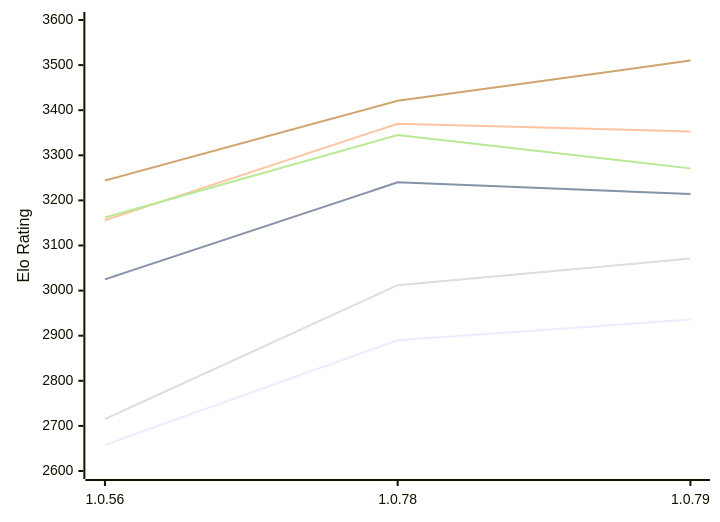
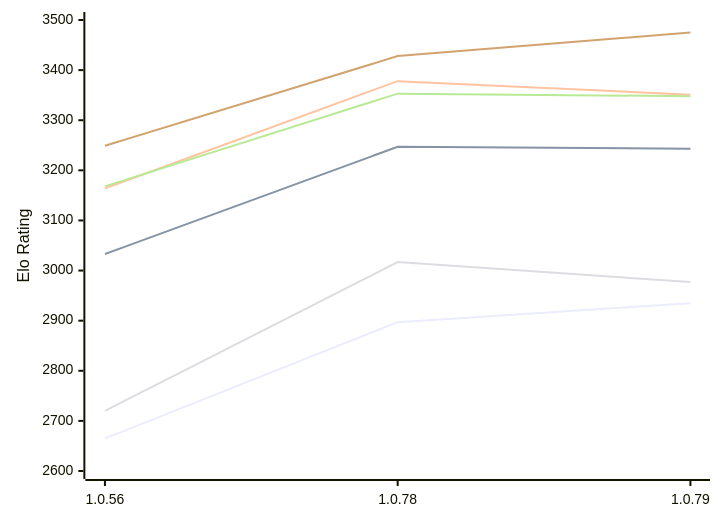
Before and after one commit to computer-chess-index/cci: the first of 2 diagrams in engines/RustyRival.md, drawn with Mermaid. The commit also changed other lines of this file, not shown here.

Commit message:
Update CCI Ratings (ELO VLTC) - 2026-11-03

````diff
--- a/engines/RustyRival.md
+++ b/engines/RustyRival.md
@@ -65,12 +65,12 @@
 ```mermaid
 %%{init: {"theme":"base","themeVariables":{"seriesColors:['#a3a3a3','#222221','#faa371']}}}%%
 xychart-beta
   x-axis ["1.0.56", "1.0.78", "1.0.79"]
-  y-axis "Elo Rating" 2600 --> 3600
-  line "E1: STC (8.0+0.08s)" [2658, 2890, 2936]
-  line "E1: LTC (60.0+0.60s)" [3025, 3240, 3214]
-  line "E1: VLTC (2m24s+1.12s)" [3156, 3370, 3353]
-  line "P1: STC (8.0+0.08s)" [2715, 3012, 3071]
-  line "P1: LTC (60.0+0.60s)" [3162, 3345, 3271]
-  line "P1: VLTC (2m24s+1.12s)" [3244, 3421, 3510]
+  y-axis "Elo Rating" 2600 --> 3500
+  line "E1: STC (8.0+0.08s)" [2665, 2897, 2935]
+  line "E1: LTC (60.0+0.60s)" [3033, 3247, 3243]
+  line "E1: VLTC (2m24s+1.12s)" [3164, 3378, 3351]
+  line "P1: STC (8.0+0.08s)" [2720, 3017, 2977]
+  line "P1: LTC (60.0+0.60s)" [3168, 3353, 3348]
+  line "P1: VLTC (2m24s+1.12s)" [3249, 3428, 3475]
 ```
````
